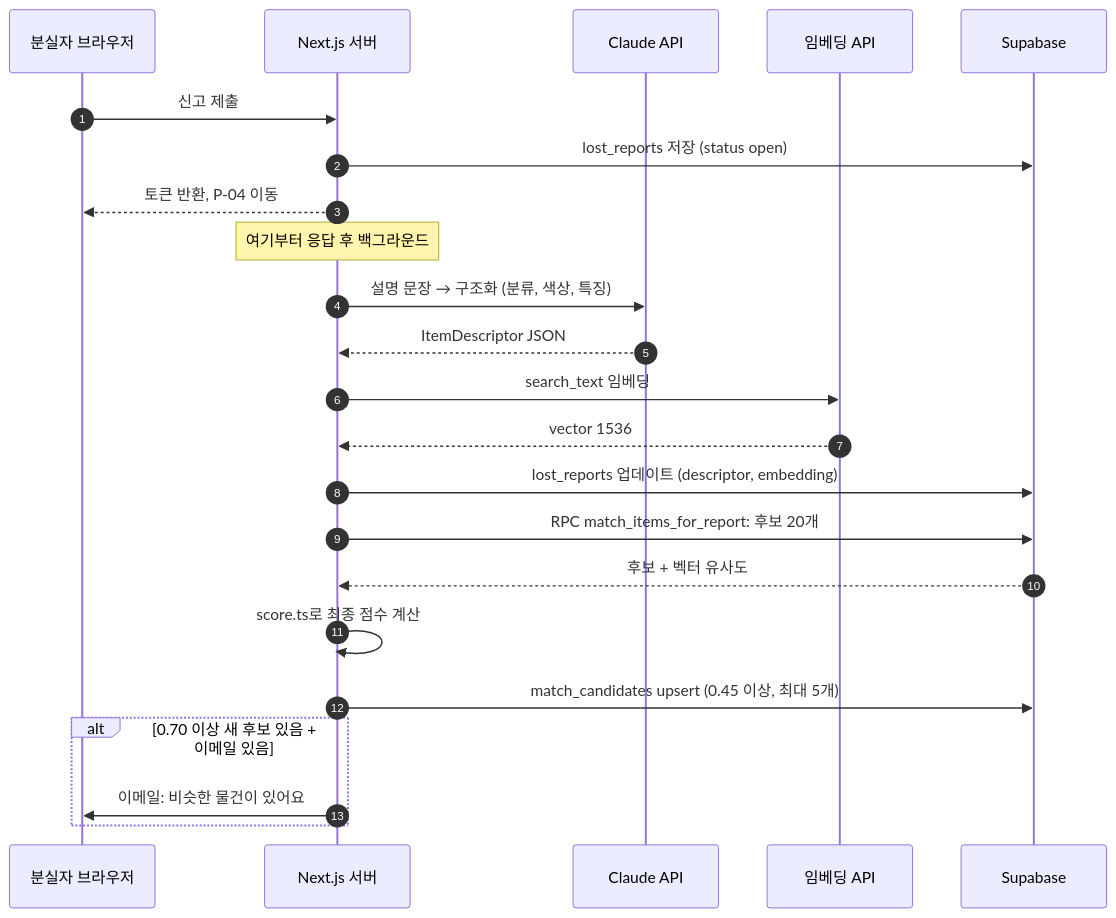
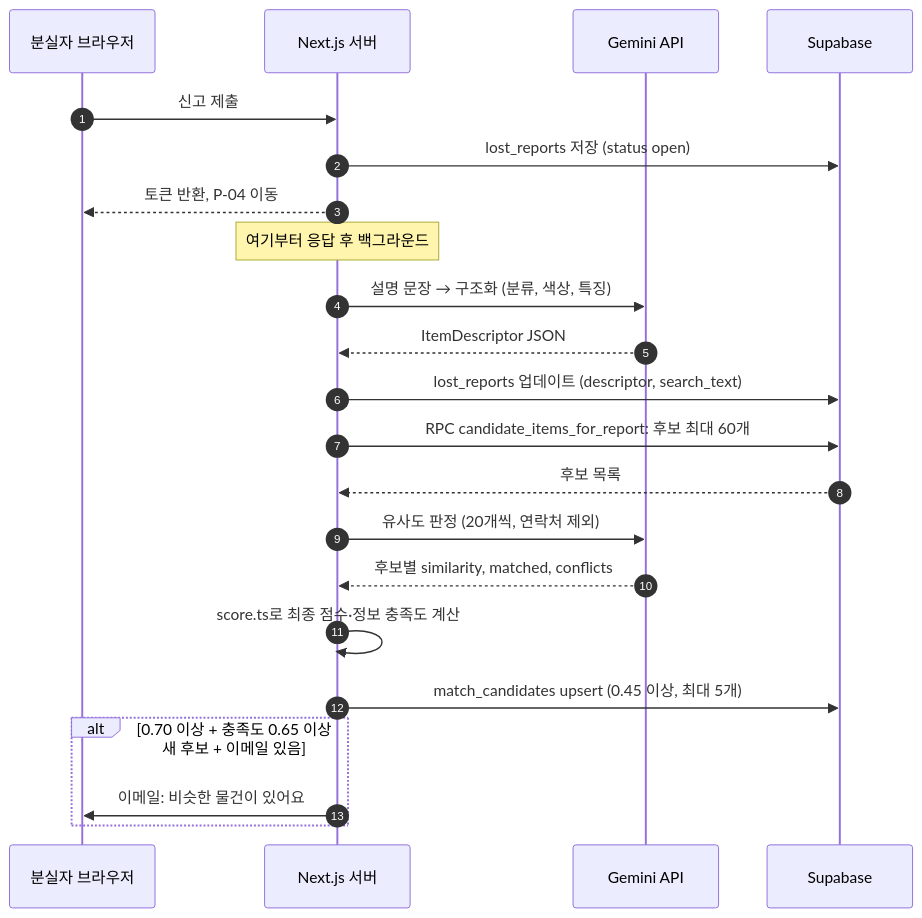
Before and after one commit to wjddns0122/itsme: the fifth of 13 diagrams in docs/02-user-flows.md, drawn with Mermaid. The commit also changed other lines of this file and 19 other files, not shown here.

First line of the commit message:
docs: Switch AI to Gemini and make facility search the main entry

````diff
--- a/docs/02-user-flows.md
+++ b/docs/02-user-flows.md
@@ -108,25 +116,24 @@
 ```mermaid
 sequenceDiagram
     autonumber
     participant U as 분실자 브라우저
     participant S as Next.js 서버
-    participant AI as Claude API
-    participant E as 임베딩 API
+    participant AI as Gemini API
     participant DB as Supabase
     U->>S: 신고 제출
     S->>DB: lost_reports 저장 (status open)
     S-->>U: 토큰 반환, P-04 이동
     Note over S: 여기부터 응답 후 백그라운드
     S->>AI: 설명 문장 → 구조화 (분류, 색상, 특징)
     AI-->>S: ItemDescriptor JSON
-    S->>E: search_text 임베딩
-    E-->>S: vector 1536
-    S->>DB: lost_reports 업데이트 (descriptor, embedding)
-    S->>DB: RPC match_items_for_report: 후보 20개
-    DB-->>S: 후보 + 벡터 유사도
-    S->>S: score.ts로 최종 점수 계산
+    S->>DB: lost_reports 업데이트 (descriptor, search_text)
+    S->>DB: RPC candidate_items_for_report: 후보 최대 60개
+    DB-->>S: 후보 목록
+    S->>AI: 유사도 판정 (20개씩, 연락처 제외)
+    AI-->>S: 후보별 similarity, matched, conflicts
+    S->>S: score.ts로 최종 점수·정보 충족도 계산
     S->>DB: match_candidates upsert (0.45 이상, 최대 5개)
-    alt 0.70 이상 새 후보 있음 + 이메일 있음
+    alt 0.70 이상 + 충족도 0.65 이상 새 후보 + 이메일 있음
         S->>U: 이메일: 비슷한 물건이 있어요
     end
 ```
````
